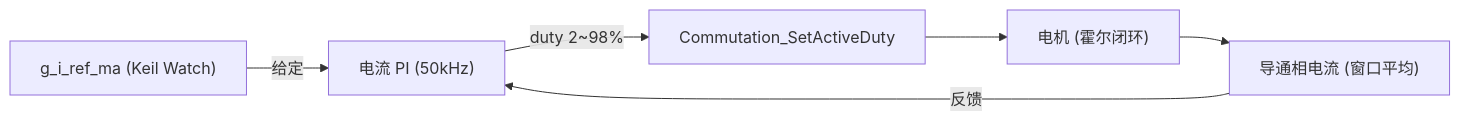
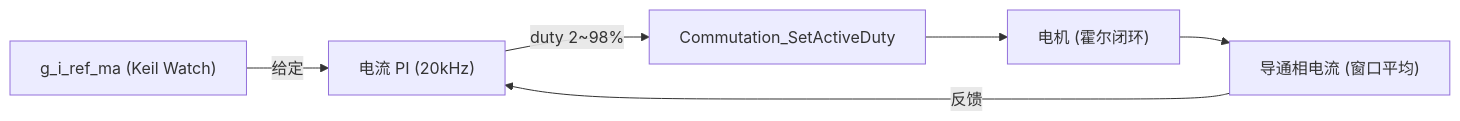
Before and after one commit to HCHCHC99/WS_L: the second of 2 diagrams in ws_L_v.1.0.2/PI电流环.md, drawn with Mermaid. The commit also changed other lines of this file and 4 other files, not shown here.

````diff
--- a/ws_L_v.1.0.2/PI电流环.md
+++ b/ws_L_v.1.0.2/PI电流环.md
@@ -157,8 +157,8 @@
 ```mermaid
 flowchart LR
-    REF["g_i_ref_ma (Keil Watch)"] -->|给定| PI["电流 PI (50kHz)"]
+    REF["g_i_ref_ma (Keil Watch)"] -->|给定| PI["电流 PI (20kHz)"]
     FB["导通相电流 (窗口平均)"] -->|反馈| PI
     PI -->|duty 2~98%| DUTY["Commutation_SetActiveDuty"]
     DUTY --> M["电机 (霍尔闭环)"]
     M --> FB
 ```
````
